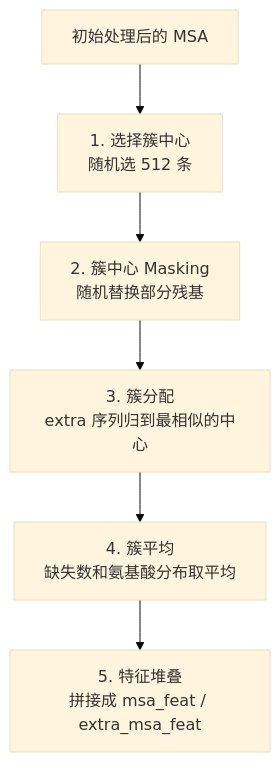
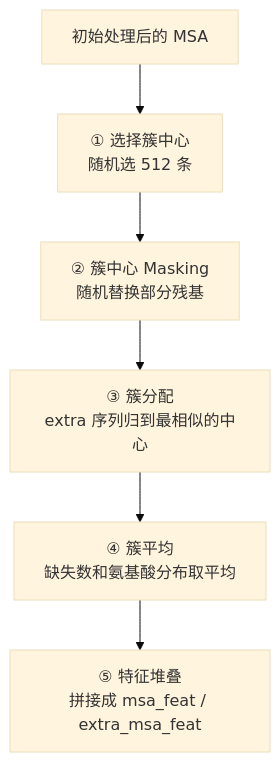
Before and after one commit to xiaohuzai/xiaohuzai.github.io: the third of 5 diagrams in content/notes/AI4S/AlphaFold/AlphaFold-Decode/Feature Extraction.md, drawn with Mermaid (base theme). The commit also changed other lines of this file and 1 other file, not shown here.

Commit message:
fix: mermaid 节点以 1. 2. 开头同样报 Unsupported markdown: list → 圈号
五步主流程概览（5 个节点）与流程回顾（4 个节点）的编号步骤
「1. xxx」被 mermaid 的 markdown 管线当有序列表，整图变成错误
节点。改为 ①②③④⑤ 圈号（与正文 §2.1 的记号一致）。AGENTS.md
的 mermaid 规则泛化：节点与边标签都不要以任何列表标记开头。
全站 8 个含 mermaid 页面 28 张图逐一扫描，已无 Unsupported。

````diff
--- a/content/notes/AI4S/AlphaFold/AlphaFold-Decode/Feature Extraction.md
+++ b/content/notes/AI4S/AlphaFold/AlphaFold-Decode/Feature Extraction.md
@@ -225,9 +225,9 @@
 ```mermaid
 flowchart TD
-    A[初始处理后的 MSA] --> B[1. 选择簇中心<br/>随机选 512 条]
-    B --> C[2. 簇中心 Masking<br/>随机替换部分残基]
-    C --> D[3. 簇分配<br/>extra 序列归到最相似的中心]
-    D --> E[4. 簇平均<br/>缺失数和氨基酸分布取平均]
-    E --> F[5. 特征堆叠<br/>拼接成 msa_feat / extra_msa_feat]
+    A[初始处理后的 MSA] --> B[① 选择簇中心<br/>随机选 512 条]
+    B --> C[② 簇中心 Masking<br/>随机替换部分残基]
+    C --> D[③ 簇分配<br/>extra 序列归到最相似的中心]
+    D --> E[④ 簇平均<br/>缺失数和氨基酸分布取平均]
+    E --> F[⑤ 特征堆叠<br/>拼接成 msa_feat / extra_msa_feat]
 
 ```
````
